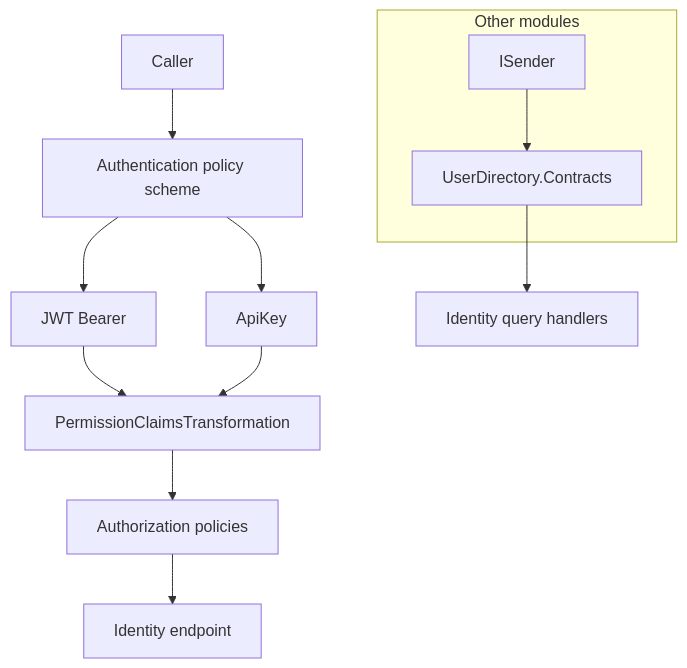
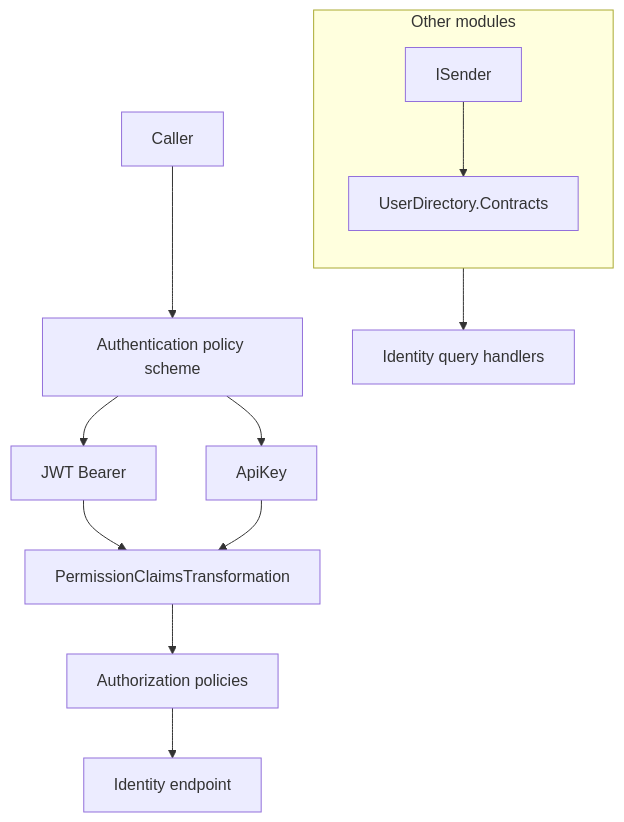
Before and after one commit to mhasabalah/StarterKit: the diagram in wiki/Identity/README.md, drawn with Mermaid. The commit also changed 152 other files, not shown here.

Commit message:
feat(docs): add Fumadocs V2 and standardize diagrams

````diff
--- a/wiki/Identity/README.md
+++ b/wiki/Identity/README.md
@@ -24,14 +24,20 @@
 ```mermaid
 flowchart TB
+  accTitle: How it works
+  accDescr: Authentication feeds application authorization while other modules access users through the directory port.
   C[Caller] --> P[Authentication policy scheme]
   P --> J[JWT Bearer]
   P --> K[ApiKey]
   J --> T[PermissionClaimsTransformation]
   K --> T
   T --> A[Authorization policies]
   A --> I[Identity endpoint]
   subgraph Other[Other modules]
+    direction TB
     S[ISender] --> U[UserDirectory.Contracts]
   end
   U --> H[Identity query handlers]
+  class C external
+  class P,J,K,T,A,I api
+  class S,U,H application
 ```
````
